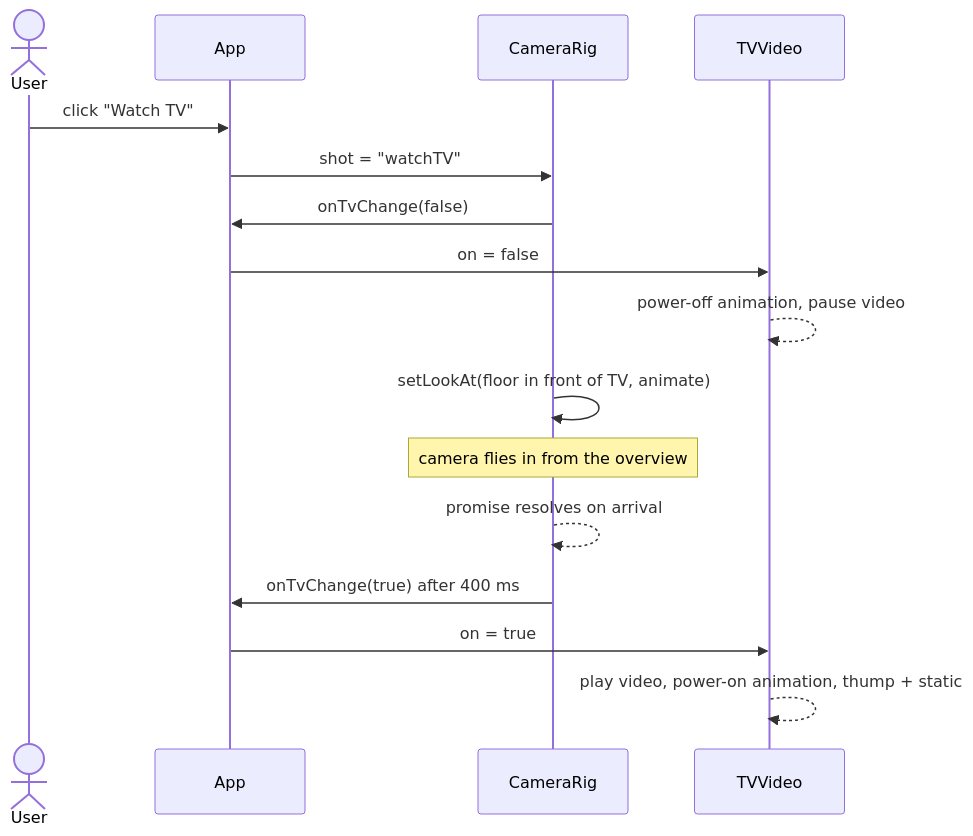
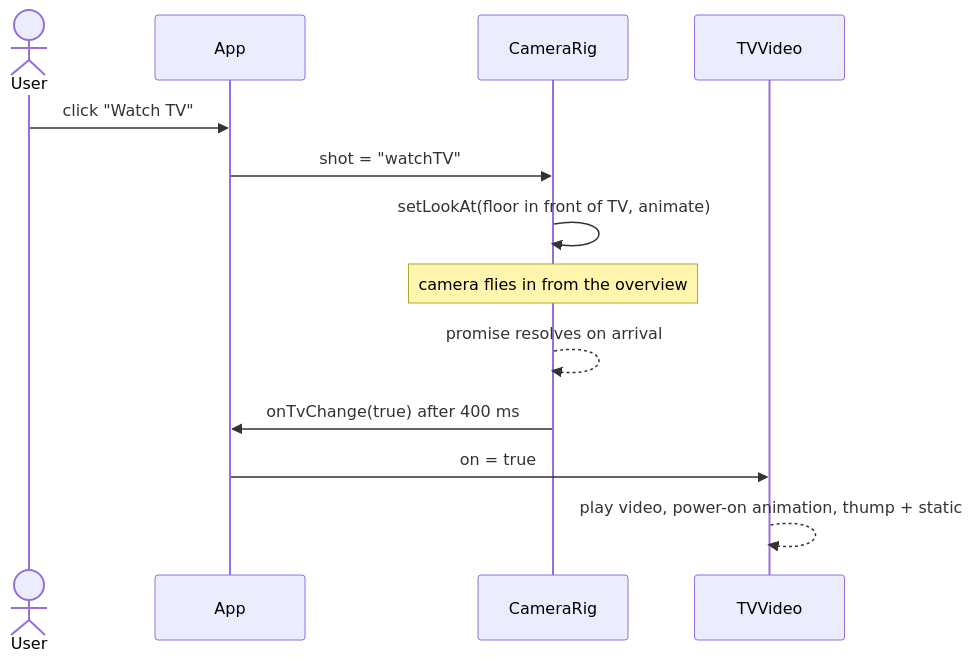
The fifth of 10 diagrams in README.md (victordiaz/little-big-questions), drawn with Mermaid before and after one commit. The commit also changed other lines of this file and 29 other files, not shown here.

````diff
--- a/README.md
+++ b/README.md
@@ -214,18 +220,15 @@
 ```mermaid
 sequenceDiagram
     actor User
     participant App
     participant Rig as CameraRig
     participant TV as TVVideo
     User->>App: click "Watch TV"
     App->>Rig: shot = "watchTV"
-    Rig->>App: onTvChange(false)
-    App->>TV: on = false
-    TV-->>TV: power-off animation, pause video
     Rig->>Rig: setLookAt(floor in front of TV, animate)
     Note over Rig: camera flies in from the overview
     Rig-->>Rig: promise resolves on arrival
     Rig->>App: onTvChange(true) after 400 ms
     App->>TV: on = true
     TV-->>TV: play video, power-on animation, thump + static
 ```
````
